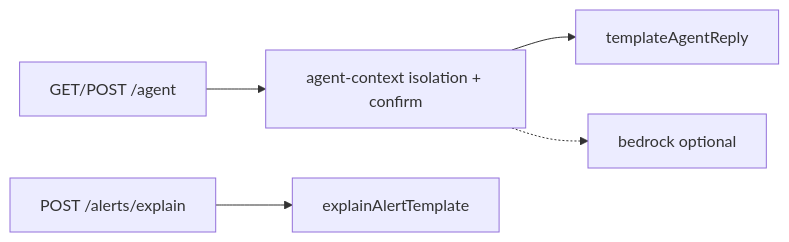
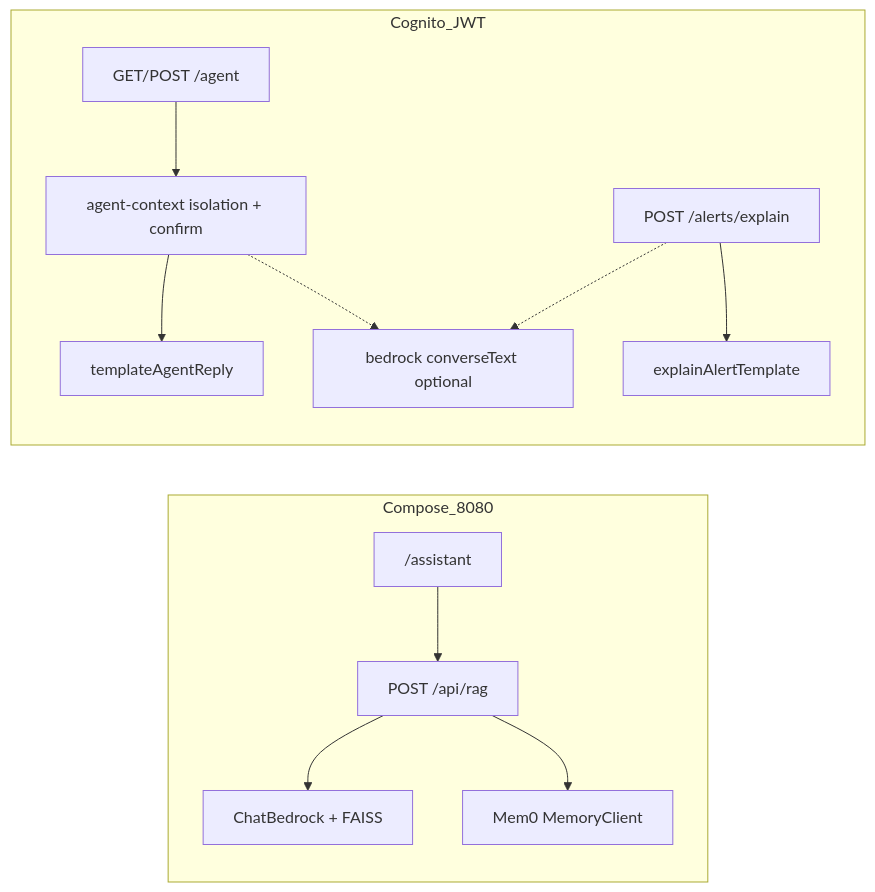
One commit to Bigessfour/Colorado_Rural_Water changed the third of 3 diagrams in docs/function-tree.md. Above: the diagram before and after it, drawn with Mermaid. The commit also changed other lines of this file and 112 other files, not shown here.

````diff
--- a/docs/function-tree.md
+++ b/docs/function-tree.md
@@ -102,7 +103,23 @@
 ```mermaid
 flowchart LR
-    AgentApi[GET/POST /agent] --> Guard[agent-context isolation + confirm]
-    Guard --> Template[templateAgentReply]
-    Guard -.-> Bedrock[bedrock optional]
-    Explain[POST /alerts/explain] --> ExplainTpl[explainAlertTemplate]
+  subgraph compose [Compose_8080]
+    AsstUI["/assistant"]
+    RagApi["POST /api/rag"]
+    ChatBedrock["ChatBedrock + FAISS"]
+    Mem0["Mem0 MemoryClient"]
+    AsstUI --> RagApi --> ChatBedrock
+    RagApi --> Mem0
+  end
+  subgraph aws [Cognito_JWT]
+    AgentApi["GET/POST /agent"]
+    Guard["agent-context isolation + confirm"]
+    Template["templateAgentReply"]
+    Bedrock["bedrock converseText optional"]
+    Explain["POST /alerts/explain"]
+    ExplainTpl["explainAlertTemplate"]
+    AgentApi --> Guard --> Template
+    Guard -.-> Bedrock
+    Explain --> ExplainTpl
+    Explain -.-> Bedrock
+  end
 ```
````
